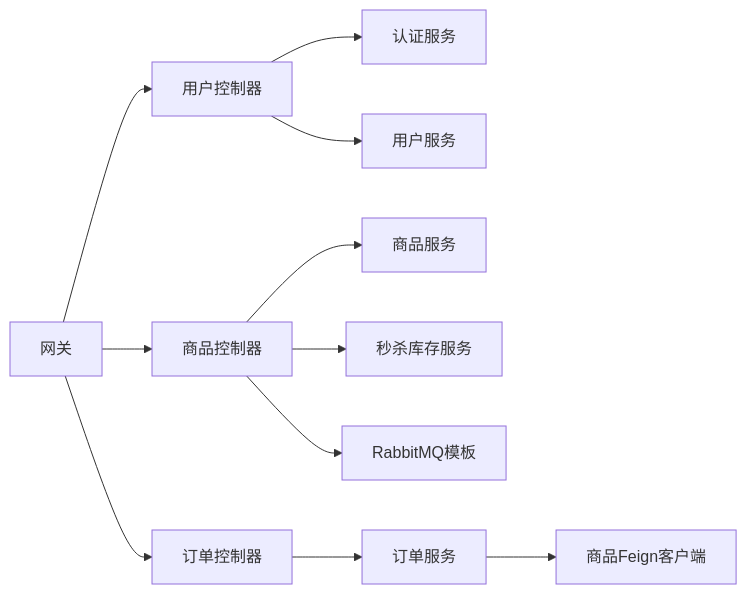
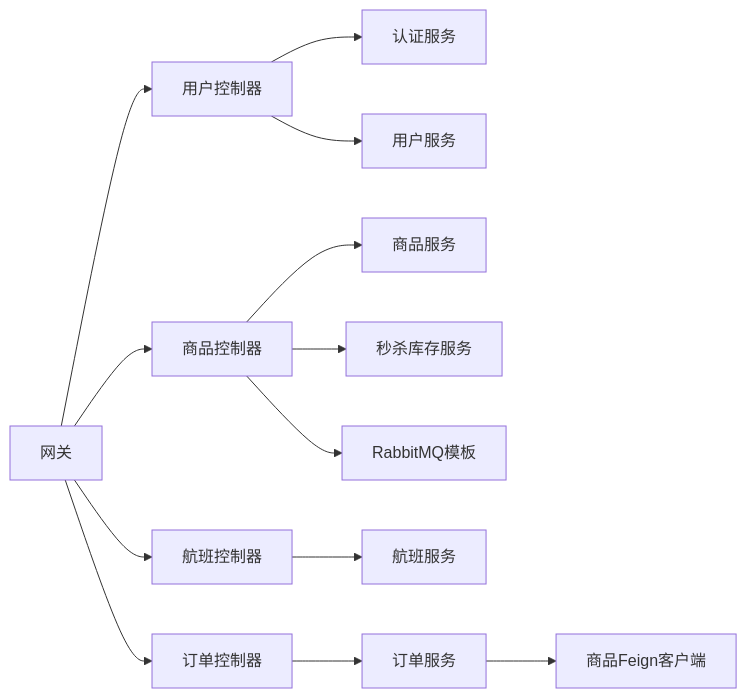
Before and after one commit to haohailiang/qoder-fullstack: the fourth of 4 diagrams in .qoder/repowiki/zh/content/API接口文档/API接口文档.md, drawn with Mermaid. The commit also changed other lines of this file and 45 other files, not shown here.

````diff
--- a/.qoder/repowiki/zh/content/API接口文档/API接口文档.md
+++ b/.qoder/repowiki/zh/content/API接口文档/API接口文档.md
@@ -364,13 +423,15 @@
 ```mermaid
 graph LR
 Gateway["网关"] --> UserCtrl["用户控制器"]
 Gateway --> ProductCtrl["商品控制器"]
+Gateway --> FlightCtrl["航班控制器"]
 Gateway --> OrderCtrl["订单控制器"]
 UserCtrl --> AuthService["认证服务"]
 UserCtrl --> UserService["用户服务"]
 ProductCtrl --> ProductService["商品服务"]
 ProductCtrl --> SeckillStockService["秒杀库存服务"]
+FlightCtrl --> FlightService["航班服务"]
 ProductCtrl --> RabbitTemplate["RabbitMQ模板"]
 OrderCtrl --> OrderService["订单服务"]
 OrderService --> ProductClient["商品Feign客户端"]
 ```
````
